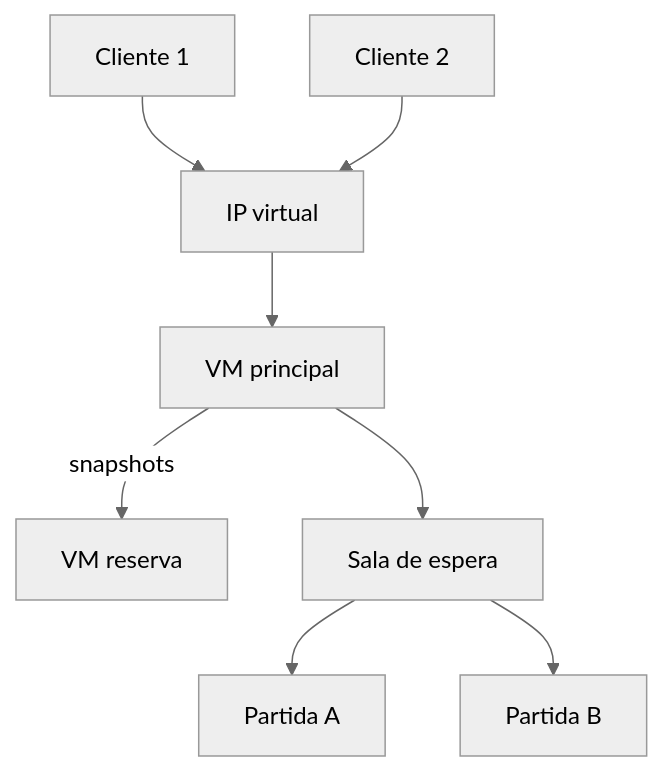
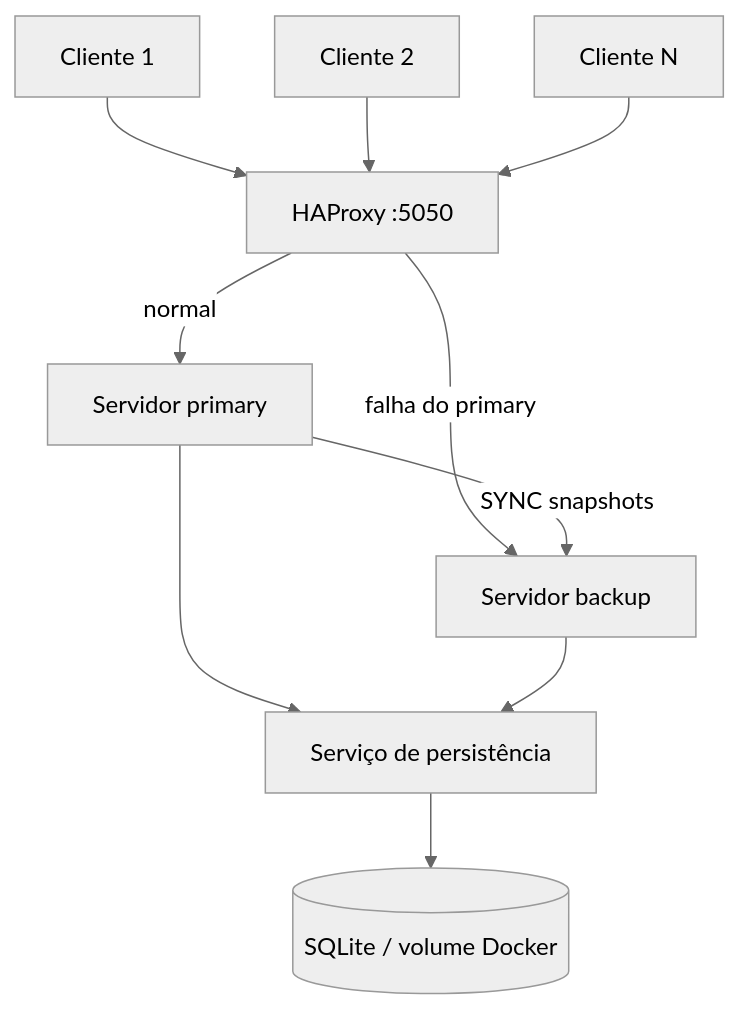
One commit to luisnicaretta/forca-online changed the diagram in docs/RELATORIO.md. Above: the diagram before and after it, drawn with Mermaid (neutral theme). The commit also changed other lines of this file and 38 other files, not shown here.

````diff
--- a/docs/RELATORIO.md
+++ b/docs/RELATORIO.md
@@ -9,10 +13,12 @@
 ```mermaid
 flowchart TD
-    C1[Cliente 1] --> VIP[IP virtual]
-    C2[Cliente 2] --> VIP
-    VIP --> P[VM principal]
-    P -->|snapshots| B[VM reserva]
-    P --> L[Sala de espera]
-    L --> G1[Partida A]
-    L --> G2[Partida B]
+    C1[Cliente 1] --> H[HAProxy :5050]
+    C2[Cliente 2] --> H
+    CN[Cliente N] --> H
+    H -->|normal| P[Servidor primary]
+    H -->|falha do primary| B[Servidor backup]
+    P -->|SYNC snapshots| B
+    P --> D[Serviço de persistência]
+    B --> D
+    D --> S[(SQLite / volume Docker)]
 ```
````
